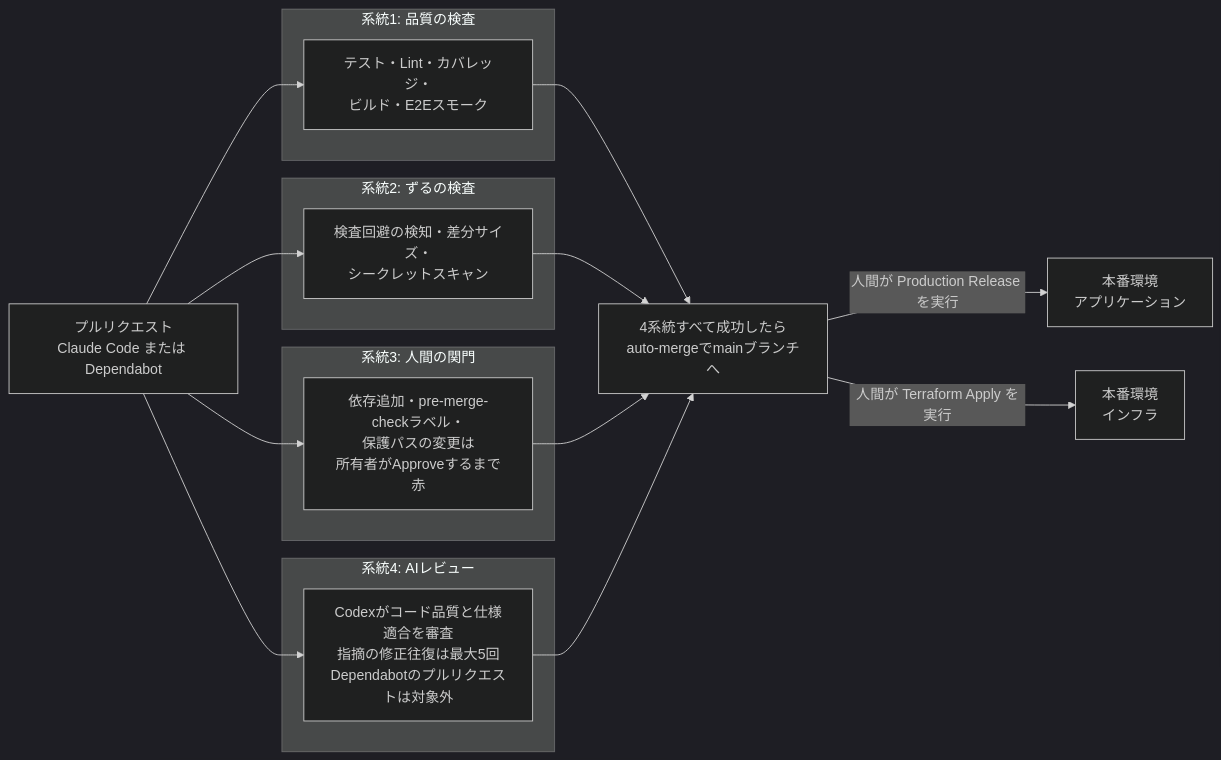
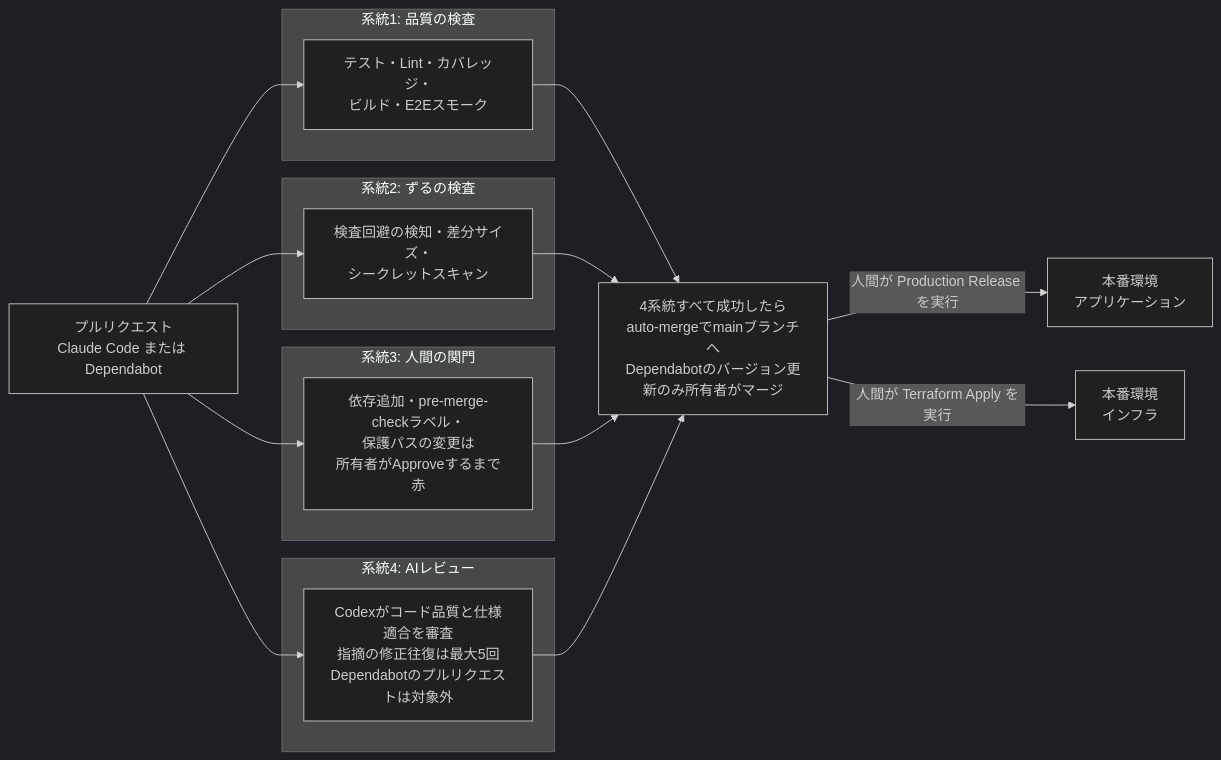
Before and after one commit to DogisRiki/KeirekiPro: the first of 2 diagrams in README.md, drawn with Mermaid (dark theme). The commit also changed other lines of this file and 3 other files, not shown here.

````diff
--- a/README.md
+++ b/README.md
@@ -53,27 +53,27 @@
 ```mermaid
 flowchart LR
     PR[プルリクエスト<br>Claude Code または Dependabot]
 
     subgraph s1[系統1: 品質の検査]
         Q[テスト・Lint・カバレッジ・<br>ビルド・E2Eスモーク]
     end
     subgraph s2[系統2: ずるの検査]
         Z[検査回避の検知・差分サイズ・<br>シークレットスキャン]
     end
     subgraph s3[系統3: 人間の関門]
         H[依存追加・pre-merge-checkラベル・<br>保護パスの変更は<br>所有者がApproveするまで赤]
     end
     subgraph s4[系統4: AIレビュー]
         A[Codexがコード品質と仕様適合を審査<br>指摘の修正往復は最大5回<br>Dependabotのプルリクエストは対象外]
     end
 
     PR --> Q
     PR --> Z
     PR --> H
     PR --> A
 
-    Q & Z & H & A --> M[4系統すべて成功したら<br>auto-mergeでmainブランチへ]
+    Q & Z & H & A --> M[4系統すべて成功したら<br>auto-mergeでmainブランチへ<br>Dependabotのバージョン更新のみ所有者がマージ]
 
     M -->|人間が Production Release を実行| App[本番環境<br>アプリケーション]
     M -->|人間が Terraform Apply を実行| Infra[本番環境<br>インフラ]
 ```
````
